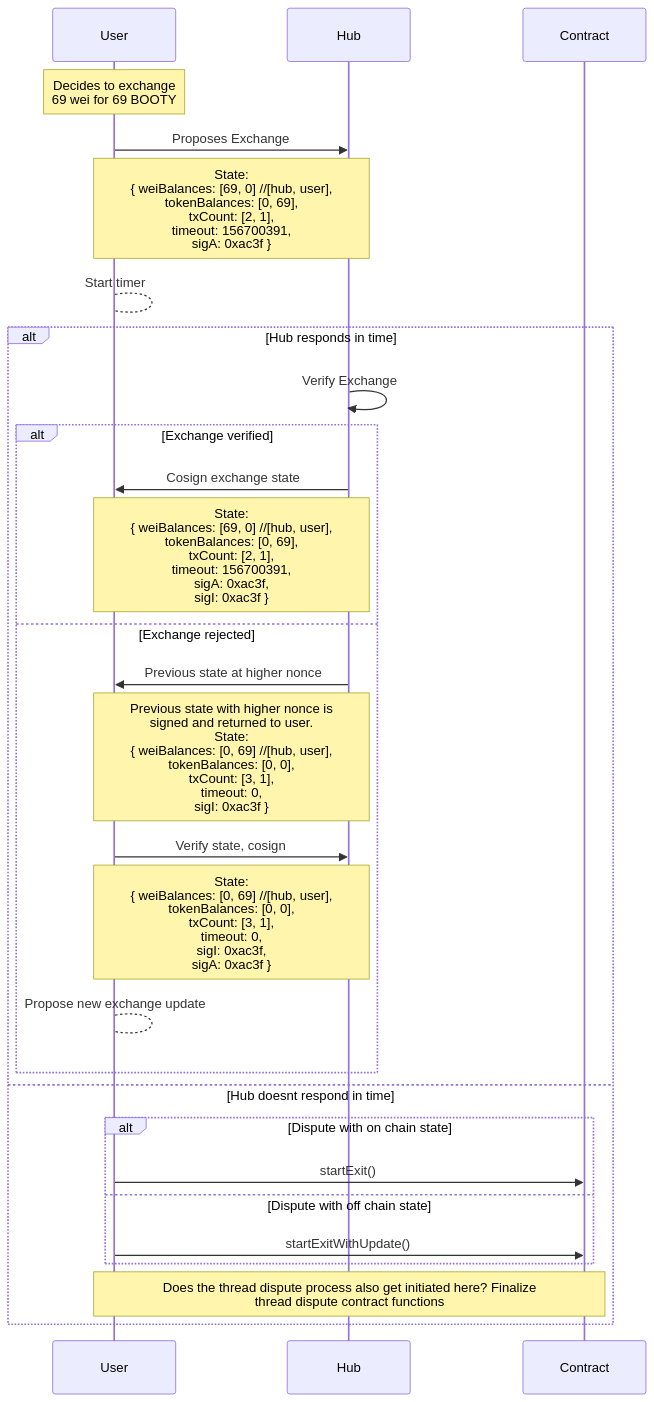
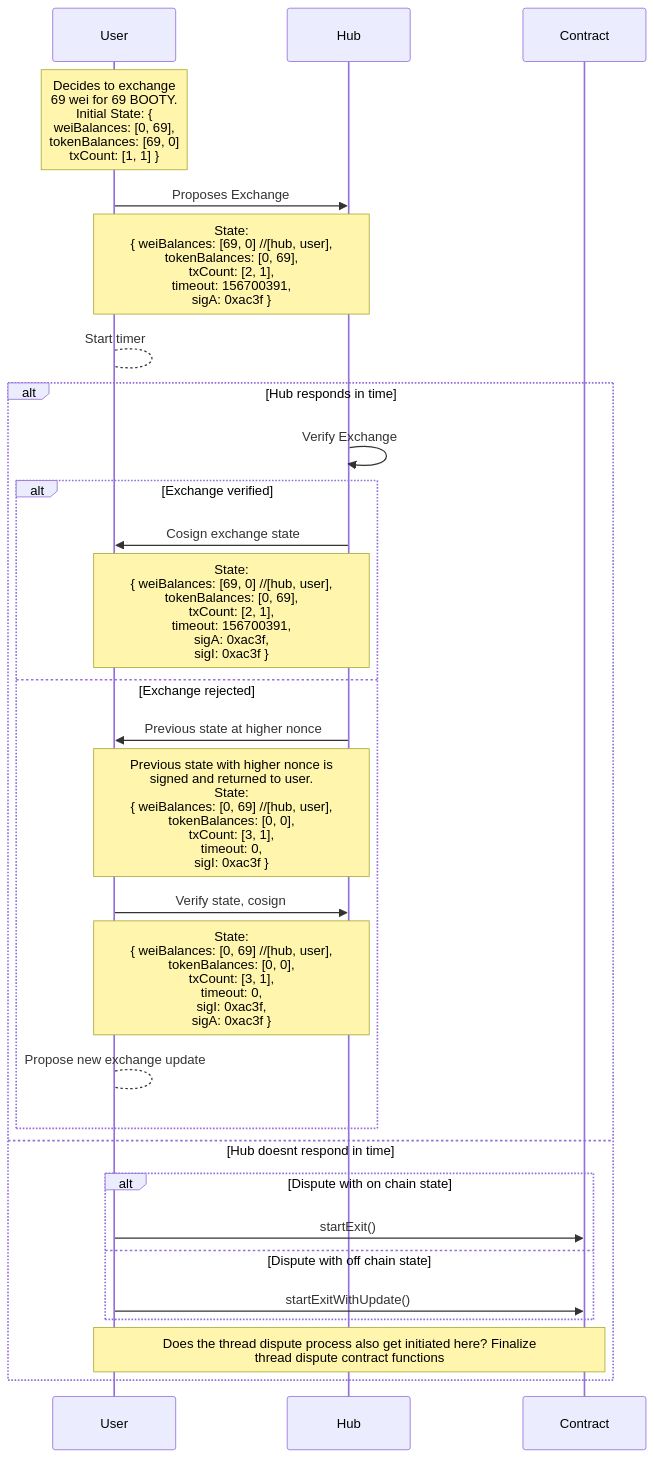
The diagram in docs/diagrams/exchange.mmd (kyokan/contracts), drawn with Mermaid before and after one commit.

```diff
--- a/docs/diagrams/exchange.mmd
+++ b/docs/diagrams/exchange.mmd
@@ -1,52 +1,53 @@
 sequenceDiagram
 
     ###############################
     # TO DO: what about when hub cant afford exchange?
     ###############################
 
     # title <u>Offchain Exchange</u>
 
     # aliases
     participant User
     participant Hub
     participant Contract
 
 
-    Note over User: Decides to exchange <br> 69 wei for 69 BOOTY
+    Note over User: Decides to exchange <br> 69 wei for 69 BOOTY.<br>Initial State: { <br>weiBalances: [0, 69],<br>tokenBalances: [69, 0]<br>txCount: [1, 1] }
+
 
     User->>Hub: Proposes Exchange
     Note over User,Hub: State: <br> { weiBalances: [69, 0] //[hub, user], <br> tokenBalances: [0, 69], <br> txCount: [2, 1], <br> timeout: 156700391, <br>sigA: 0xac3f }
 
     User-->User: Start timer
 
     alt Hub responds in time
 
         Hub->>Hub: Verify Exchange
 
         alt Exchange verified
             
             Hub->>User: Cosign exchange state
             Note over User,Hub: State: <br> { weiBalances: [69, 0] //[hub, user], <br> tokenBalances: [0, 69], <br> txCount: [2, 1], <br> timeout: 156700391, <br>sigA: 0xac3f, <br>sigI: 0xac3f }
         
         else Exchange rejected
             
             Hub->>User: Previous state at higher nonce
             Note over User,Hub: Previous state with higher nonce is <br> signed and returned to user. <br> State: <br> { weiBalances: [0, 69] //[hub, user], <br> tokenBalances: [0, 0], <br> txCount: [3, 1], <br> timeout: 0, <br>sigI: 0xac3f }
 
             User->>Hub: Verify state, cosign
             Note over User,Hub: State: <br> { weiBalances: [0, 69] //[hub, user], <br> tokenBalances: [0, 0], <br> txCount: [3, 1], <br> timeout: 0, <br>sigI: 0xac3f, <br>sigA: 0xac3f }
 
             User-->User: Propose new exchange update
 
         end
 
     else Hub doesnt respond in time
     
         alt Dispute with on chain state
             User->>Contract: startExit()
         else Dispute with off chain state
             User->>Contract: startExitWithUpdate()
         end
 
         Note over User,Contract: Does the thread dispute process also get initiated here? Finalize <br> thread dispute contract functions
     end
```
